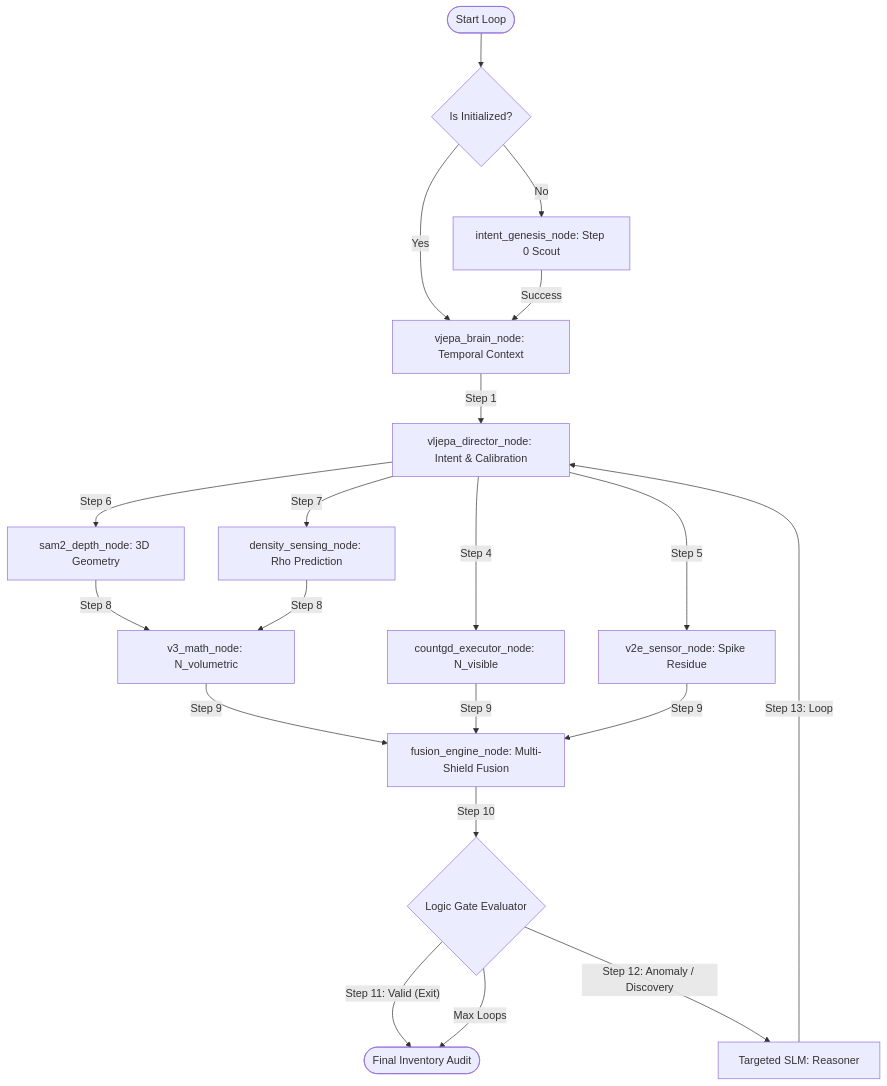
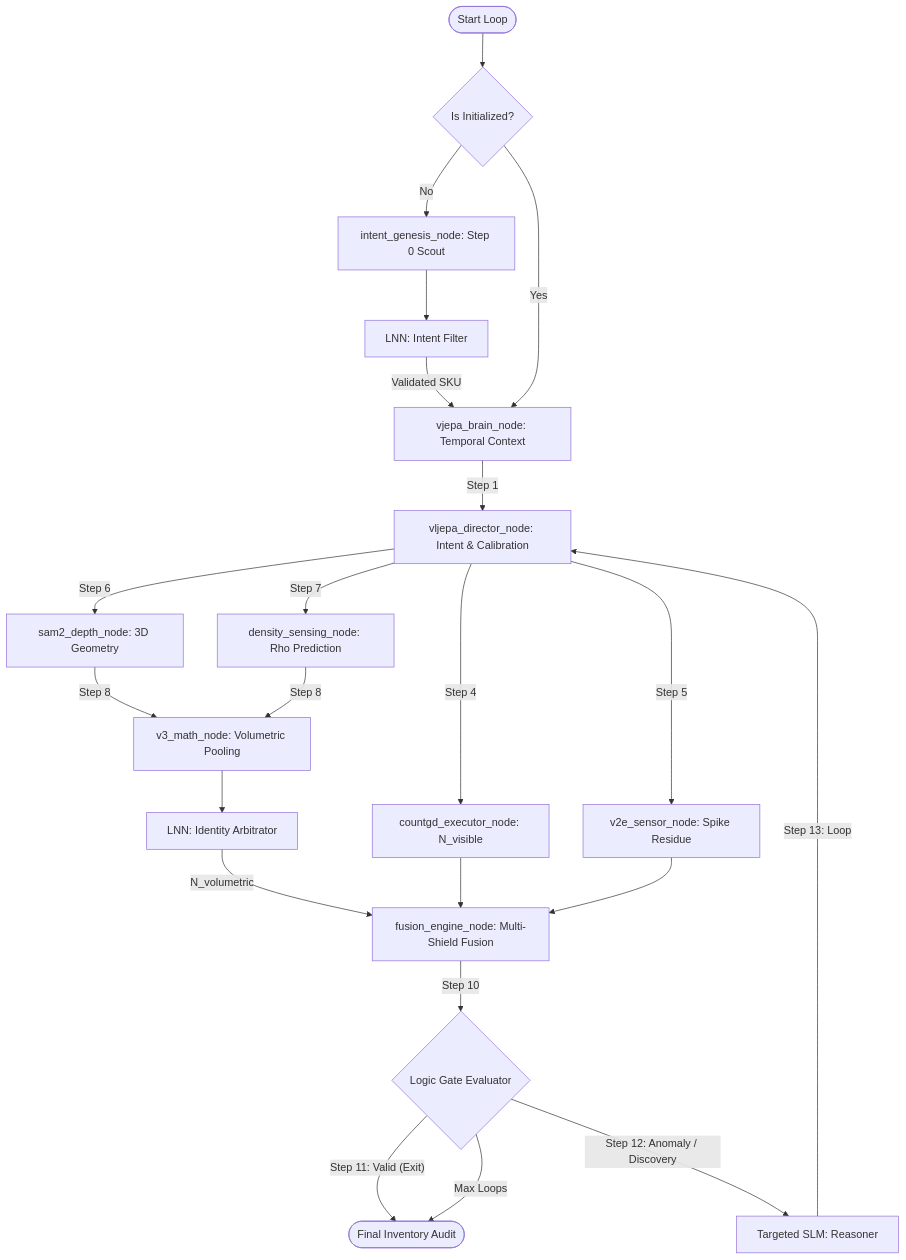
Before and after one commit to Yonnnnnnnnn/numeri-vjepa-experiment: the diagram in Flow_Chart.md, drawn with Mermaid. The commit also changed 3 other files, not shown here.

````diff
--- a/Flow_Chart.md
+++ b/Flow_Chart.md
@@ -24,31 +24,35 @@
 ```mermaid
 flowchart TD
     %% Phase 0: Semantic Setup
     Start([Start Loop]) --> check_init{Is Initialized?}
     check_init -- "No" --> intent_genesis_node[intent_genesis_node: Step 0 Scout]
+    intent_genesis_node --> lnn_intent_filter[LNN: Intent Filter]
+    lnn_intent_filter -- "Validated SKU" --> vjepa_brain_node
+
     check_init -- "Yes" --> vjepa_brain_node
 
-    intent_genesis_node -- "Success" --> vjepa_brain_node[vjepa_brain_node: Temporal Context]
+    vjepa_brain_node[vjepa_brain_node: Temporal Context] -- "Step 1" --> vljepa_director_node[vljepa_director_node: Intent & Calibration]
 
     %% Phase 1: Orbit
-    vjepa_brain_node -- "Step 1" --> vljepa_director_node[vljepa_director_node: Intent & Calibration]
     vljepa_director_node -- "Step 4" --> countgd_executor_node[countgd_executor_node: N_visible]
     vljepa_director_node -- "Step 5" --> v2e_sensor_node[v2e_sensor_node: Spike Residue]
     vljepa_director_node -- "Step 6" --> sam2_depth_node[sam2_depth_node: 3D Geometry]
     vljepa_director_node -- "Step 7" --> density_sensing_node[density_sensing_node: Rho Prediction]
 
     %% Phase 2: Audit
-    sam2_depth_node & density_sensing_node -- "Step 8" --> v3_math_node[v3_math_node: N_volumetric]
-    v3_math_node & countgd_executor_node & v2e_sensor_node -- "Step 9" --> fusion_engine_node[fusion_engine_node: Multi-Shield Fusion]
+    sam2_depth_node & density_sensing_node -- "Step 8" --> v3_math_node[v3_math_node: Volumetric Pooling]
+    v3_math_node --> lnn_identity_arbitrator[LNN: Identity Arbitrator]
+    lnn_identity_arbitrator -- "N_volumetric" --> fusion_engine_node[fusion_engine_node: Multi-Shield Fusion]
+    countgd_executor_node & v2e_sensor_node --> fusion_engine_node
 
     %% Phase 3: Reconciliation
     fusion_engine_node -- "Step 10" --> logic_gate_node{Logic Gate Evaluator}
 
     logic_gate_node -- "Step 11: Valid (Exit)" --> End([Final Inventory Audit])
 
     logic_gate_node -- "Step 12: Anomaly / Discovery" --> targeted_slm_node[Targeted SLM: Reasoner]
     targeted_slm_node -- "Step 13: Loop" --> vljepa_director_node
 
     %% Failsafe
     logic_gate_node -- "Max Loops" --> End
 ```
````
